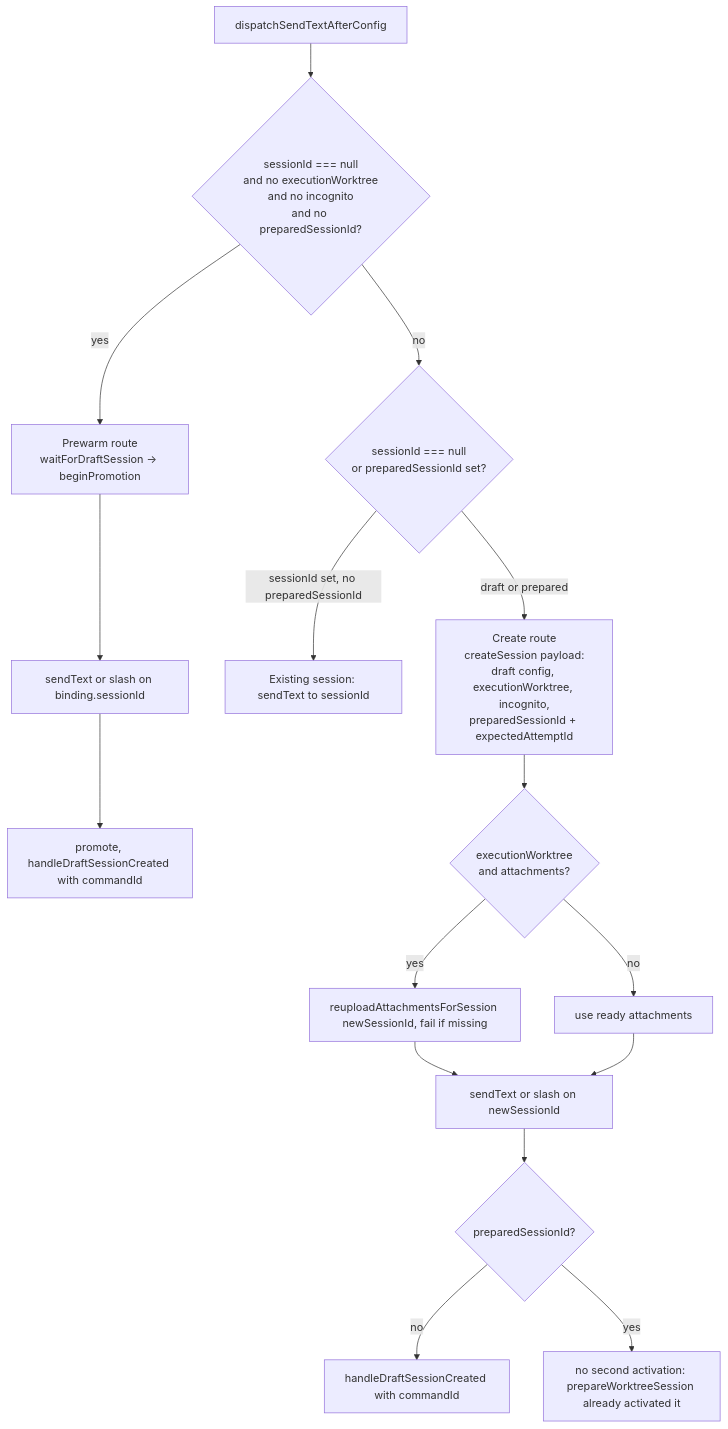
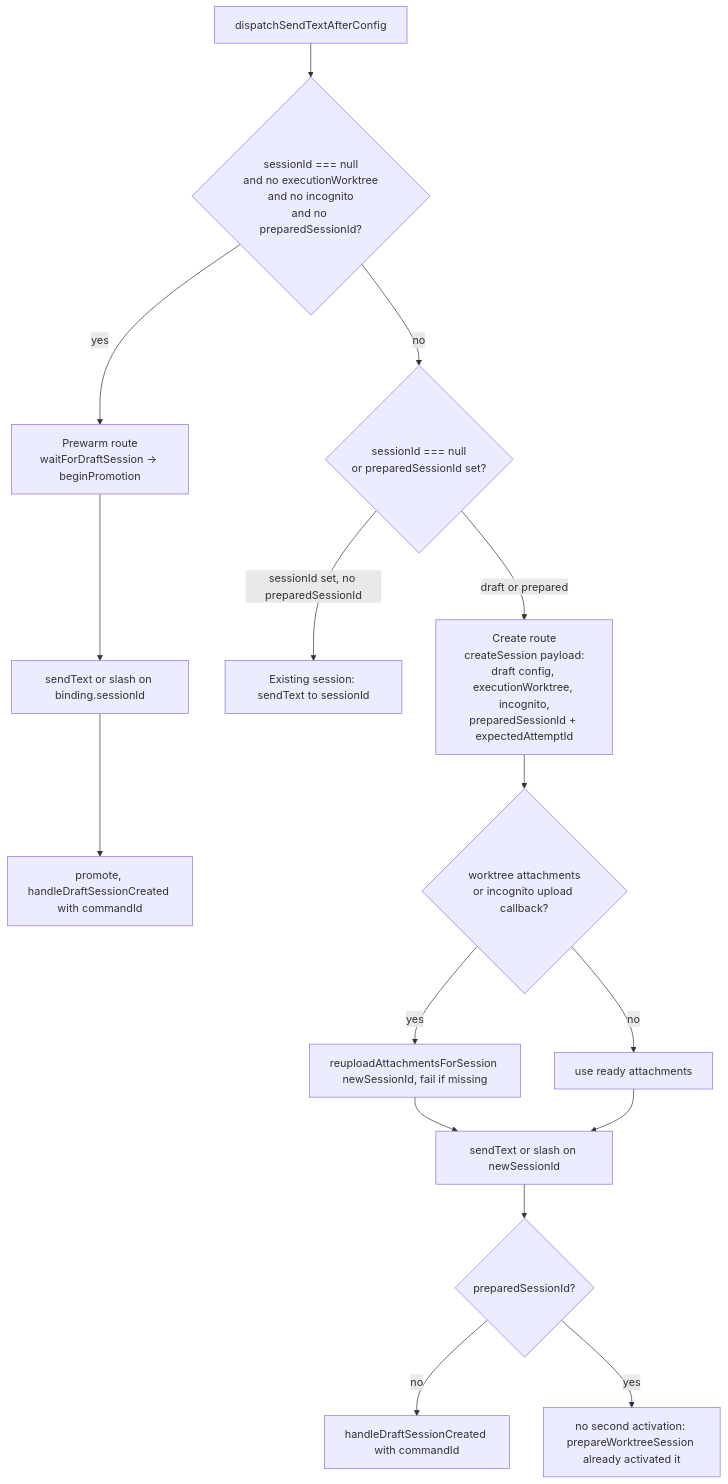
One commit to osben/ZCode changed the first of 4 diagrams in specs/ui-draft-send-path.md. Above: the diagram before and after it, drawn with Mermaid. The commit also changed other lines of this file and 11 other files, not shown here.

Commit message:
fix(ui): start incognito sessions with deferred attachments

````diff
--- a/specs/ui-draft-send-path.md
+++ b/specs/ui-draft-send-path.md
@@ -42,18 +42,18 @@
 ```mermaid
 flowchart TD
   A[dispatchSendTextAfterConfig] --> B{sessionId === null<br/>and no executionWorktree<br/>and no incognito<br/>and no preparedSessionId?}
   B -- yes --> P[Prewarm route<br/>waitForDraftSession -> beginPromotion]
   P --> P1[sendText or slash on binding.sessionId]
   P1 --> P2[promote, handleDraftSessionCreated with commandId]
   B -- no --> C{sessionId === null<br/>or preparedSessionId set?}
   C -- "sessionId set, no preparedSessionId" --> E[Existing session: sendText to sessionId]
   C -- "draft or prepared" --> R[Create route<br/>createSession payload:<br/>draft config, executionWorktree, incognito,<br/>preparedSessionId + expectedAttemptId]
-  R --> R1{executionWorktree<br/>and attachments?}
+  R --> R1{worktree attachments<br/>or incognito upload callback?}
   R1 -- yes --> R2[reuploadAttachmentsForSession newSessionId, fail if missing]
   R1 -- no --> R3[use ready attachments]
   R2 --> R4[sendText or slash on newSessionId]
   R3 --> R4
   R4 --> R5{preparedSessionId?}
   R5 -- no --> R6[handleDraftSessionCreated with commandId]
   R5 -- yes --> R7[no second activation: prepareWorktreeSession already activated it]
 ```
````
